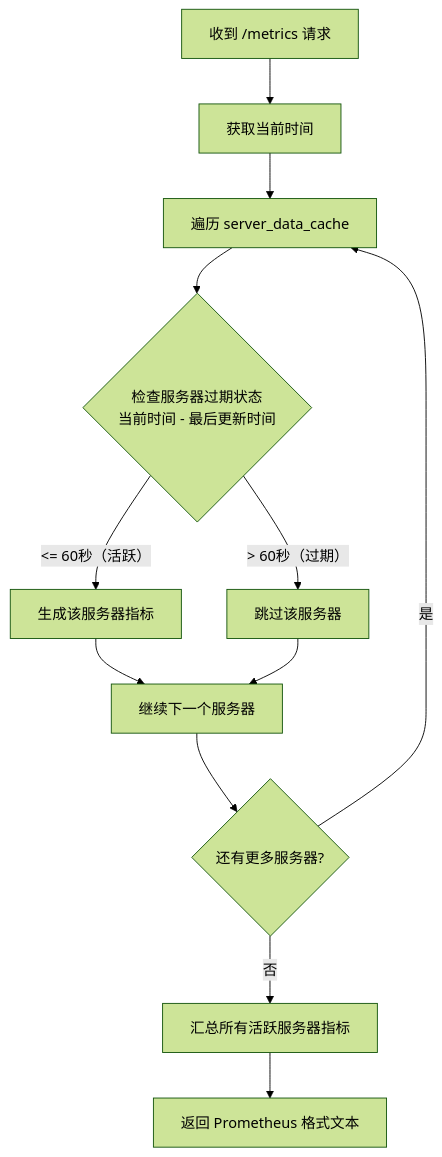
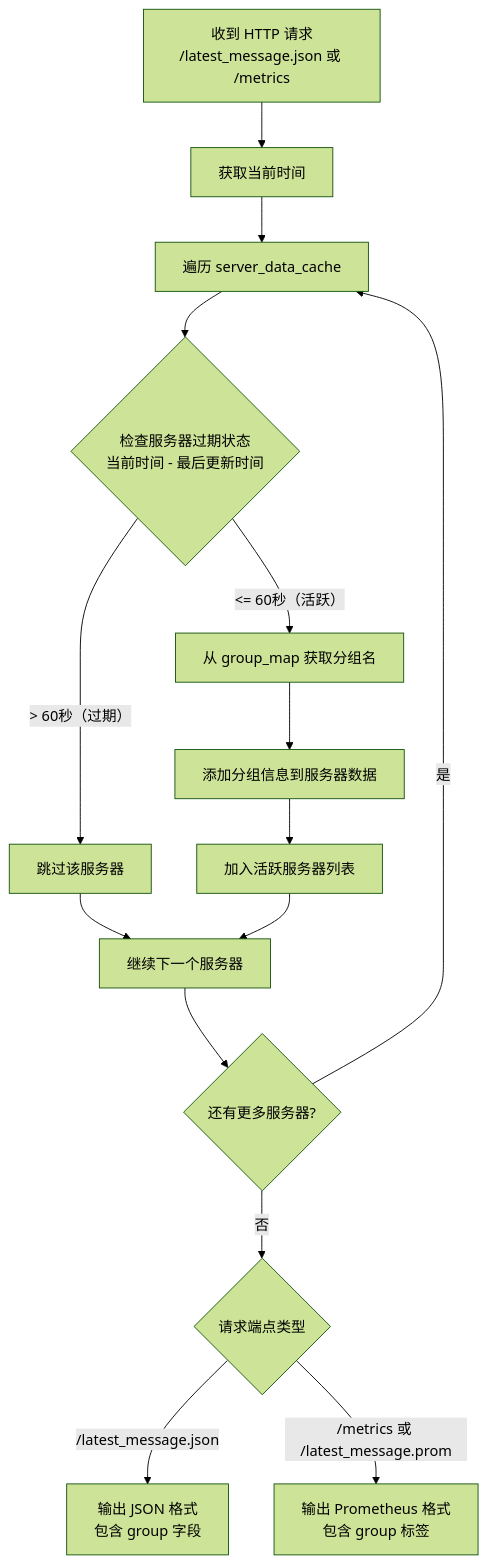
Before and after one commit to Moeyuuko/nezhaV1-exporter: the fifth of 6 diagrams in nezha-exporter.md, drawn with Mermaid (forest theme). The commit also changed other lines of this file and 2 other files, not shown here.

Commit message:
更新 JSON 输出，添加服务器分组信息（`group` 字段）

````diff
--- a/nezha-exporter.md
+++ b/nezha-exporter.md
@@ -150,14 +149,17 @@
 ```mermaid
 flowchart TD
-    K["收到 /metrics 请求"] --> K1["获取当前时间"]
-    K1 --> K2["遍历 server_data_cache"]
-    K2 --> K3{"检查服务器过期状态<br/>当前时间 - 最后更新时间"}
-    K3 -- "<= 60秒（活跃）" --> K4["生成该服务器指标"]
-    K3 -- "> 60秒（过期）" --> K5["跳过该服务器"]
-    K4 --> K6["继续下一个服务器"]
-    K5 --> K6
-    K6 --> K7{"还有更多服务器?"}
-    K7 -- "是" --> K2
-    K7 -- "否" --> K8["汇总所有活跃服务器指标"]
-    K8 --> K9["返回 Prometheus 格式文本"]
+    A["收到 HTTP 请求<br/>/latest_message.json 或 /metrics"] --> B["获取当前时间"]
+    B --> C["遍历 server_data_cache"]
+    C --> D{"检查服务器过期状态<br/>当前时间 - 最后更新时间"}
+    D -- "<= 60秒（活跃）" --> E["从 group_map 获取分组名"]
+    D -- "> 60秒（过期）" --> F["跳过该服务器"]
+    E --> G["添加分组信息到服务器数据"]
+    G --> H["加入活跃服务器列表"]
+    F --> I["继续下一个服务器"]
+    H --> I
+    I --> J{"还有更多服务器?"}
+    J -- "是" --> C
+    J -- "否" --> K{"请求端点类型"}
+    K -- "/latest_message.json" --> L["输出 JSON 格式<br/>包含 group 字段"]
+    K -- "/metrics 或 /latest_message.prom" --> M["输出 Prometheus 格式<br/>包含 group 标签"]
 ```
````
